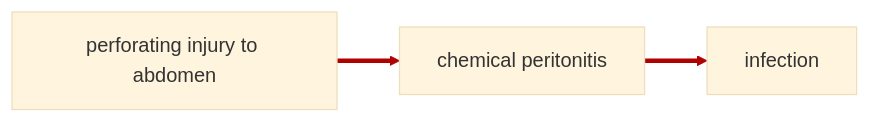
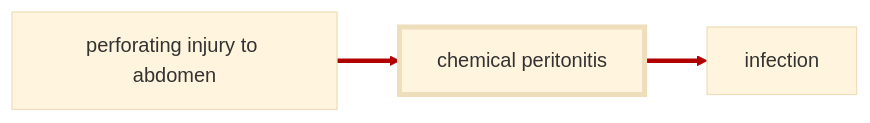
Before and after one commit to frederik-hoeft/rimworld-more-injuries: the tenth of 28 diagrams in README.md, drawn with Mermaid (base theme). The commit also changed other lines of this file and 14 other files, not shown here.

````diff
--- a/README.md
+++ b/README.md
@@ -503,12 +510,13 @@
 ```mermaid
 ---
 config:
   flowchart:
     htmlLabels: true
 ---
 flowchart LR
   perforating_injury[perforating injury to abdomen] ==> chemical_peritonitis[chemical peritonitis]
   chemical_peritonitis ==> infection[infection]
 
   linkStyle 0,1 stroke: #b10000
+  style chemical_peritonitis stroke-width: 4px
 ```
````
